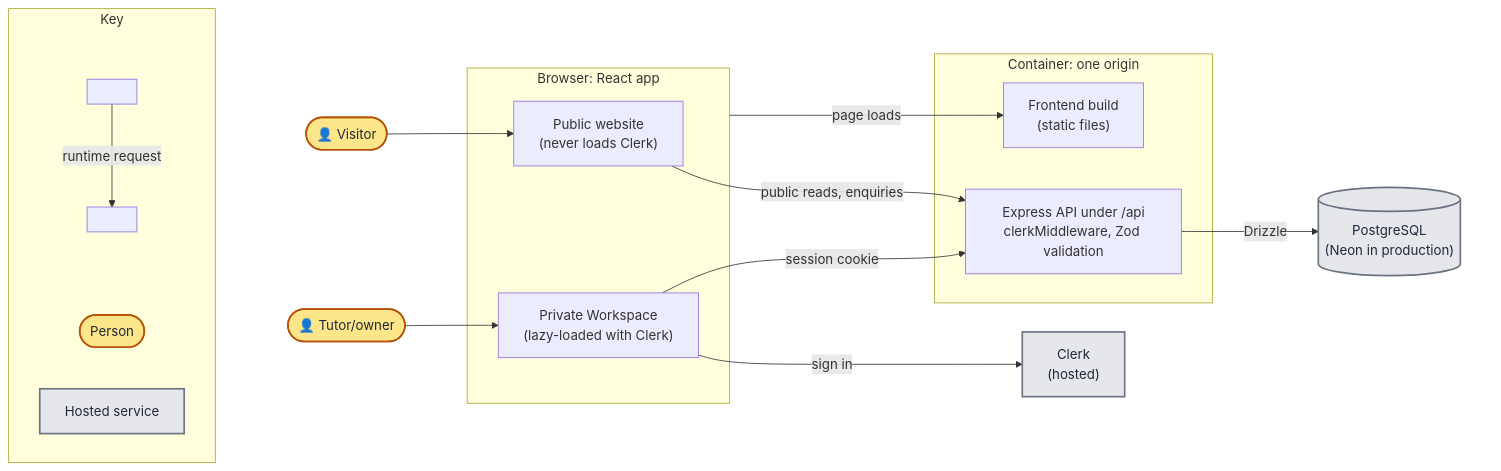
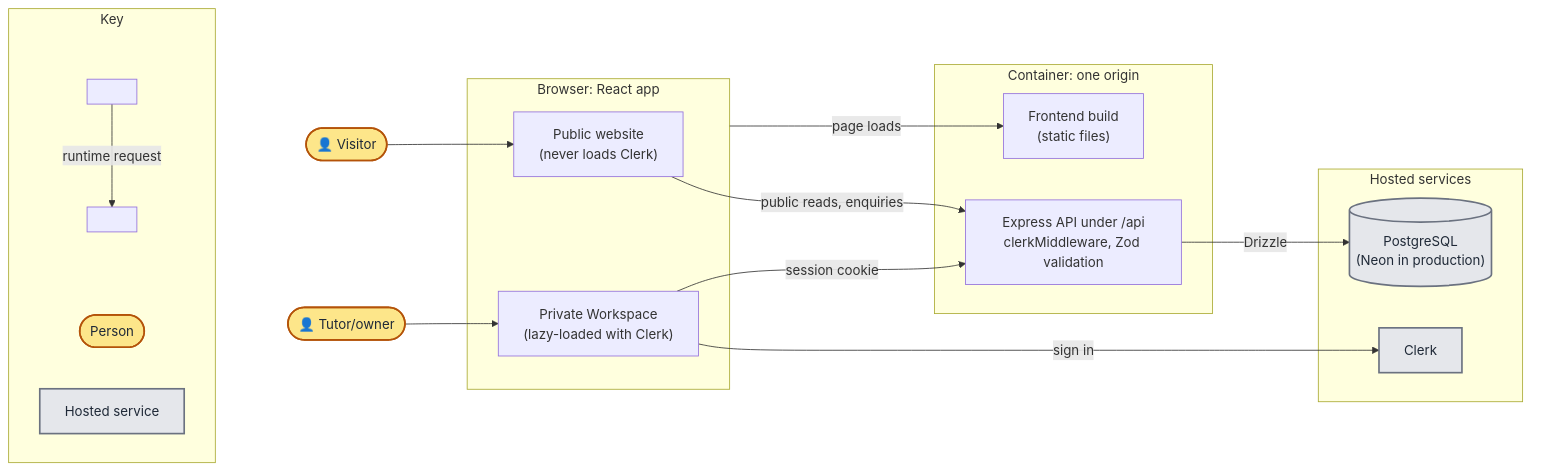
One commit to sumau/welltutored changed the first of 2 diagrams in docs/architecture.md. Above: the diagram before and after it, drawn with Mermaid.

Commit message:
Group Clerk and PostgreSQL as hosted services in the architecture diagram

````diff
--- a/docs/architecture.md
+++ b/docs/architecture.md
@@ -14,44 +14,49 @@
 ```mermaid
 flowchart LR
   classDef person fill:#fde68a,stroke:#b45309,stroke-width:2px,color:#1f2937
   classDef external fill:#e5e7eb,stroke:#6b7280,stroke-width:2px,color:#1f2937
   classDef hidden fill:none,stroke:none
 
   subgraph system[" "]
     direction LR
     visitor(["👤 Visitor"]) --> public
     tutor(["👤 Tutor/owner"]) --> workspace
 
     subgraph browser["Browser: React app"]
       public["Public website<br/>(never loads Clerk)"]
       workspace["Private Workspace<br/>(lazy-loaded with Clerk)"]
     end
 
-    workspace -- "sign in" --> clerk["Clerk<br/>(hosted)"]
+    subgraph hosted["Hosted services"]
+      clerk["Clerk"]
+      db[("PostgreSQL<br/>(Neon in production)")]
+    end
+
+    workspace -- "sign in" --> clerk
 
     subgraph container["Container: one origin"]
       static["Frontend build<br/>(static files)"]
       api["Express API under /api<br/>clerkMiddleware, Zod validation"]
     end
 
     browser -- "page loads" --> static
     public -- "public reads, enquiries" --> api
     workspace -- "session cookie" --> api
-    api -- "Drizzle" --> db[("PostgreSQL<br/>(Neon in production)")]
+    api -- "Drizzle" --> db
   end
 
   subgraph key["Key"]
     direction LR
     keyPerson(["Person"])
     keyHosted["Hosted service"]
     subgraph keyArrow[" "]
       keyFrom[" "] -- "runtime request" --> keyTo[" "]
     end
   end
 
   key ~~~ system
 
   class visitor,tutor,keyPerson person
   class clerk,db,keyHosted external
   class system,keyArrow hidden
 ```
````
